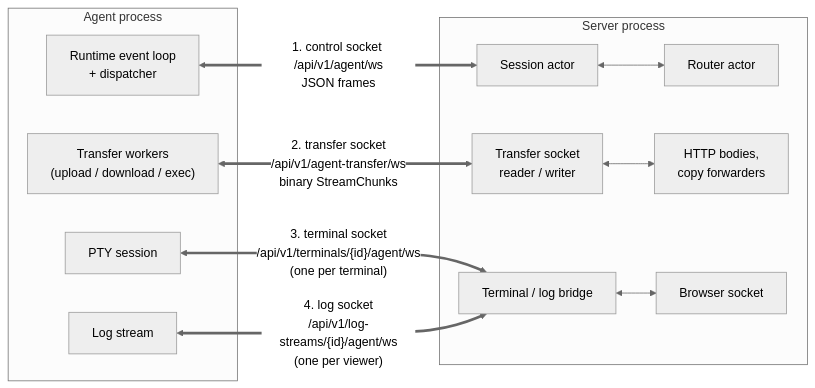
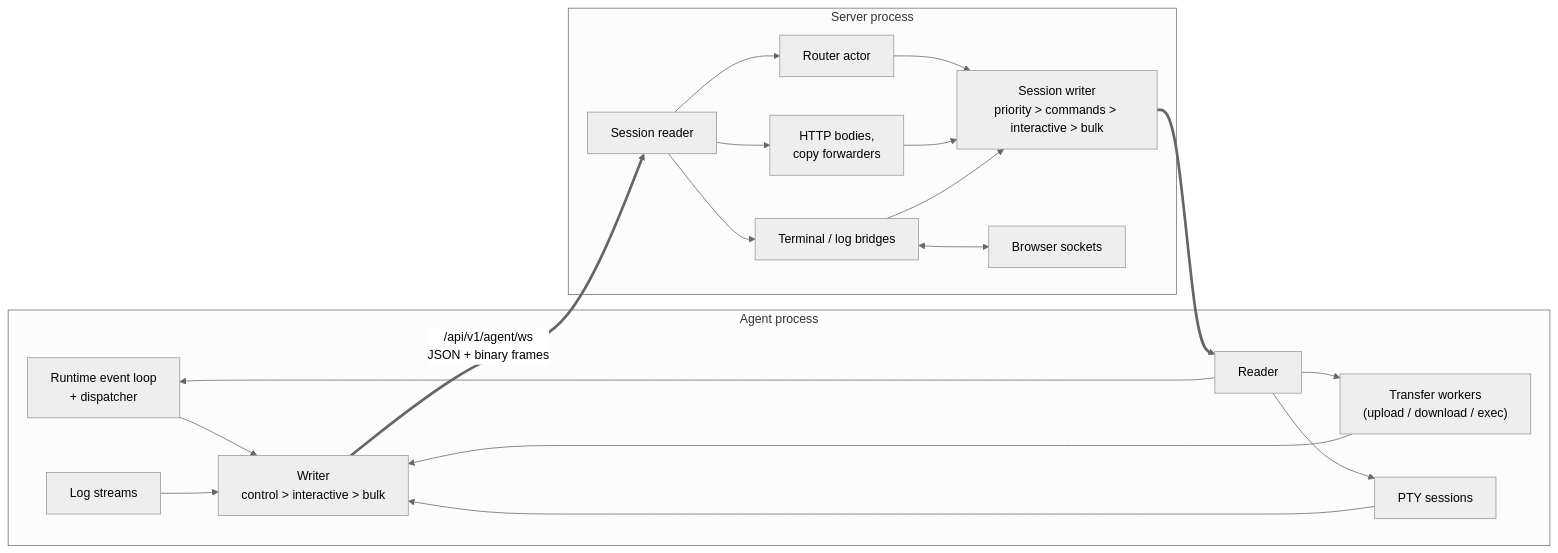
The third of 10 diagrams in ARCHITECTURE.md (FruitieX/redoor), drawn with Mermaid (neutral theme) before and after one commit. The commit also changed other lines of this file and 74 other files, not shown here.

First line of the commit message:
Carry every agent stream on one multiplexed connection

````diff
--- a/ARCHITECTURE.md
+++ b/ARCHITECTURE.md
@@ -206,26 +207,37 @@
 ```mermaid
 flowchart LR
     subgraph agent["Agent process"]
         rt["Runtime event loop<br/>+ dispatcher"]
         workers["Transfer workers<br/>(upload / download / exec)"]
-        pty["PTY session"]
-        logs["Log stream"]
+        pty["PTY sessions"]
+        logs["Log streams"]
+        awriter["Writer<br/>control > interactive > bulk"]
+        areader["Reader"]
     end
 
     subgraph server["Server process"]
-        session["Session actor"]
+        swriter["Session writer<br/>priority > commands > interactive > bulk"]
+        sreader["Session reader"]
         router["Router actor"]
-        reader["Transfer socket<br/>reader / writer"]
         consumers["HTTP bodies,<br/>copy forwarders"]
-        bridge["Terminal / log bridge"]
-        browser["Browser socket"]
+        bridge["Terminal / log bridges"]
+        browser["Browser sockets"]
     end
 
-    rt <==>|"1. control socket /api/v1/agent/ws<br/>JSON frames"| session
-    session <--> router
-    workers <==>|"2. transfer socket<br/>/api/v1/agent-transfer/ws<br/>binary StreamChunks"| reader
-    reader <--> consumers
-    pty <==>|"3. terminal socket<br/>/api/v1/terminals/{id}/agent/ws<br/>(one per terminal)"| bridge
-    logs <==>|"4. log socket<br/>/api/v1/log-streams/{id}/agent/ws<br/>(one per viewer)"| bridge
+    rt --> awriter
+    workers --> awriter
+    pty --> awriter
+    logs --> awriter
+    awriter ==>|"/api/v1/agent/ws<br/>JSON + binary frames"| sreader
+    swriter ==> areader
+    areader --> rt
+    areader --> workers
+    areader --> pty
+    sreader --> router
+    sreader --> consumers
+    sreader --> bridge
+    router --> swriter
+    consumers --> swriter
+    bridge --> swriter
     bridge <--> browser
 ```
````
